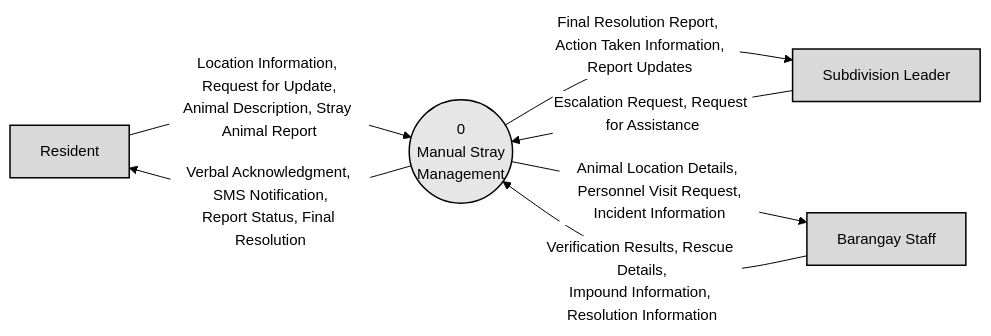
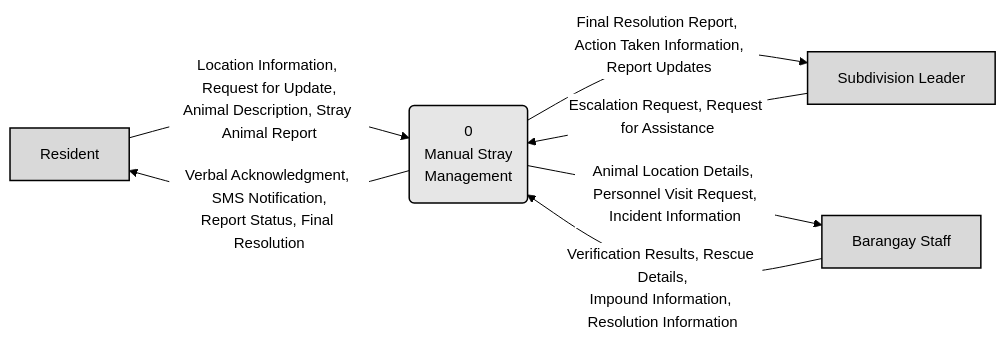
Before and after one commit to Otivz/Straysafe2.0: the first of 4 diagrams in docs/DFD/existing/EXISTING_SYSTEM_DFD.md, drawn with Mermaid. The commit also changed other lines of this file and 50 other files, not shown here.

````diff
--- a/docs/DFD/existing/EXISTING_SYSTEM_DFD.md
+++ b/docs/DFD/existing/EXISTING_SYSTEM_DFD.md
@@ -11,36 +11,37 @@
 ```mermaid
 ---
 config:
   theme: base
   themeVariables:
     background: "#ffffff"
     primaryColor: "#ffffff"
     primaryTextColor: "#000000"
     primaryBorderColor: "#000000"
     lineColor: "#000000"
     textColor: "#000000"
     fontFamily: "Arial, Helvetica, sans-serif"
     fontSize: "15px"
   flowchart:
     curve: basis
     nodeSpacing: 50
     rankSpacing: 80
     useMaxWidth: false
 ---
 flowchart LR
     RES["Resident"]:::ent
     LDR["Subdivision Leader"]:::ent
     STF["Barangay Staff"]:::ent
-    P0(("0<br/>Manual Stray<br/>Management")):::proc
+    P0("0<br/>Manual Stray<br/>Management"):::proc
 
+    %% Arrows carry data; dashed processes continue on another page.
     RES -->|"Location Information, Request for Update,<br/>Animal Description, Stray Animal Report"| P0
     P0 -->|"Verbal Acknowledgment, SMS Notification,<br/>Report Status, Final Resolution"| RES
     LDR -->|"Escalation Request, Request for Assistance"| P0
     P0 -->|"Final Resolution Report, Action Taken Information,<br/>Report Updates"| LDR
     STF -->|"Verification Results, Rescue Details,<br/>Impound Information, Resolution Information"| P0
     P0 -->|"Animal Location Details, Personnel Visit Request,<br/>Incident Information"| STF
 
     classDef ent fill:#d9d9d9,stroke:#000000,stroke-width:1.5px
     classDef proc fill:#e6e6e6,stroke:#000000,stroke-width:1.5px
     classDef store fill:#d9d9d9,stroke:#000000,stroke-width:1px
 ```
````
